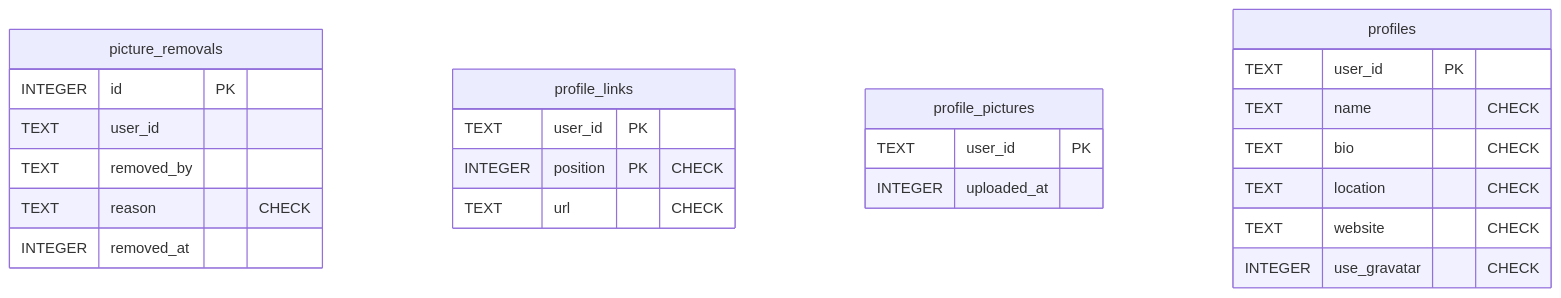
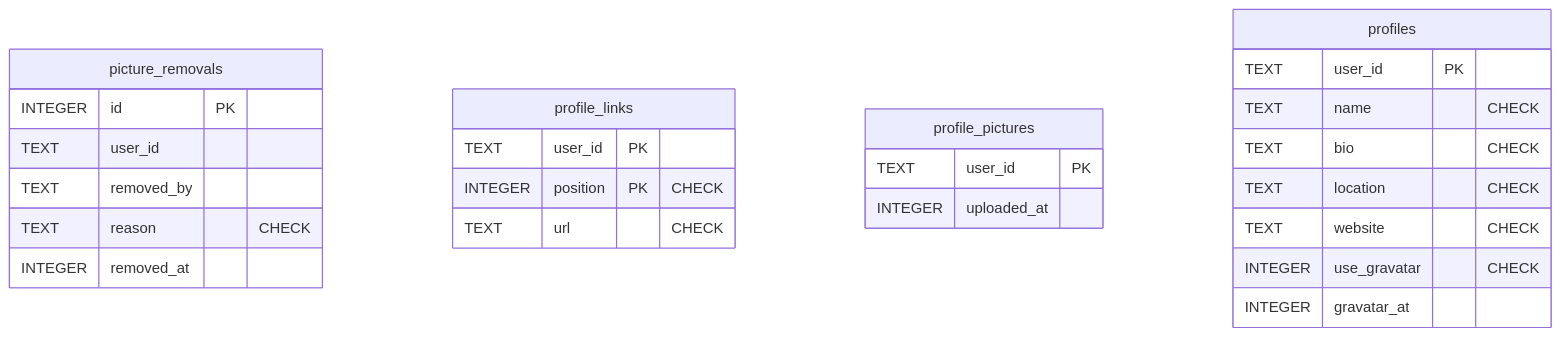
One commit to piconic-ai/slide changed the eighth of 8 diagrams in docs/dev/er-diagram.md. Above: the diagram before and after it, drawn with Mermaid. The commit also changed 19 other files, not shown here.

````diff
--- a/docs/dev/er-diagram.md
+++ b/docs/dev/er-diagram.md
@@ -389,27 +389,28 @@
 ```mermaid
 erDiagram
     picture_removals {
         INTEGER id PK
         TEXT user_id
         TEXT removed_by
         TEXT reason "CHECK"
         INTEGER removed_at
     }
     profile_links {
         TEXT user_id PK
         INTEGER position PK "CHECK"
         TEXT url "CHECK"
     }
     profile_pictures {
         TEXT user_id PK
         INTEGER uploaded_at
     }
     profiles {
         TEXT user_id PK
         TEXT name "CHECK"
         TEXT bio "CHECK"
         TEXT location "CHECK"
         TEXT website "CHECK"
         INTEGER use_gravatar "CHECK"
+        INTEGER gravatar_at
     }
 ```
````
